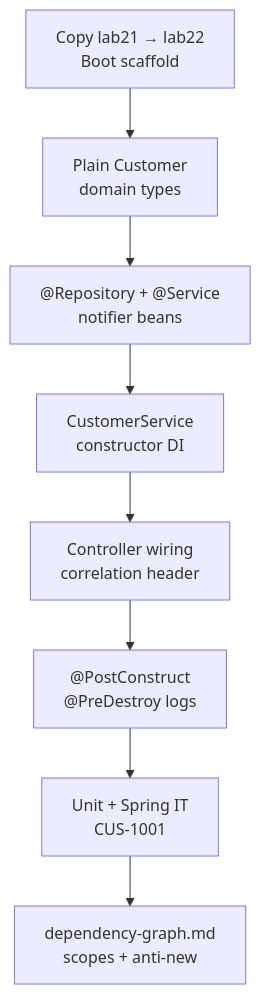
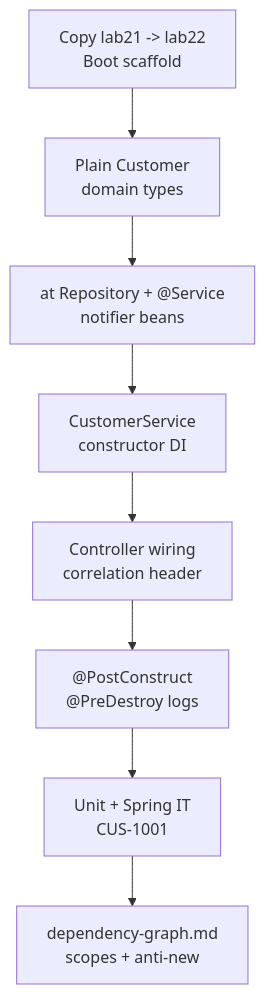
Before and after one commit to pupilliluke/bc-sw-engineer-java-participant: the second of 2 diagrams in labs/Week 3 - Spring Framework and Enterprise Patterns/module-22/lab22/LAB-22-GUIDE.md, drawn with Mermaid. The commit also changed 55 other files, not shown here.

Commit message:
Stop publishing local screenshots; harden Mermaid for GitHub; sync only tracked lab files.

````diff
--- a/labs/Week 3 - Spring Framework and Enterprise Patterns/module-22/lab22/LAB-22-GUIDE.md
+++ b/labs/Week 3 - Spring Framework and Enterprise Patterns/module-22/lab22/LAB-22-GUIDE.md
@@ -97,10 +97,10 @@
 ```mermaid
 flowchart TD
-    A["Copy lab21 → lab22<br/>Boot scaffold"] --> B["Plain Customer<br/>domain types"]
-    B --> C["@Repository + @Service<br/>notifier beans"]
+    A["Copy lab21 -> lab22<br/>Boot scaffold"] --> B["Plain Customer<br/>domain types"]
+    B --> C["at Repository + @Service<br/>notifier beans"]
     C --> D["CustomerService<br/>constructor DI"]
     D --> E["Controller wiring<br/>correlation header"]
     E --> F["@PostConstruct<br/>@PreDestroy logs"]
     F --> G["Unit + Spring IT<br/>CUS-1001"]
     G --> H["dependency-graph.md<br/>scopes + anti-new"]
 ```
````
